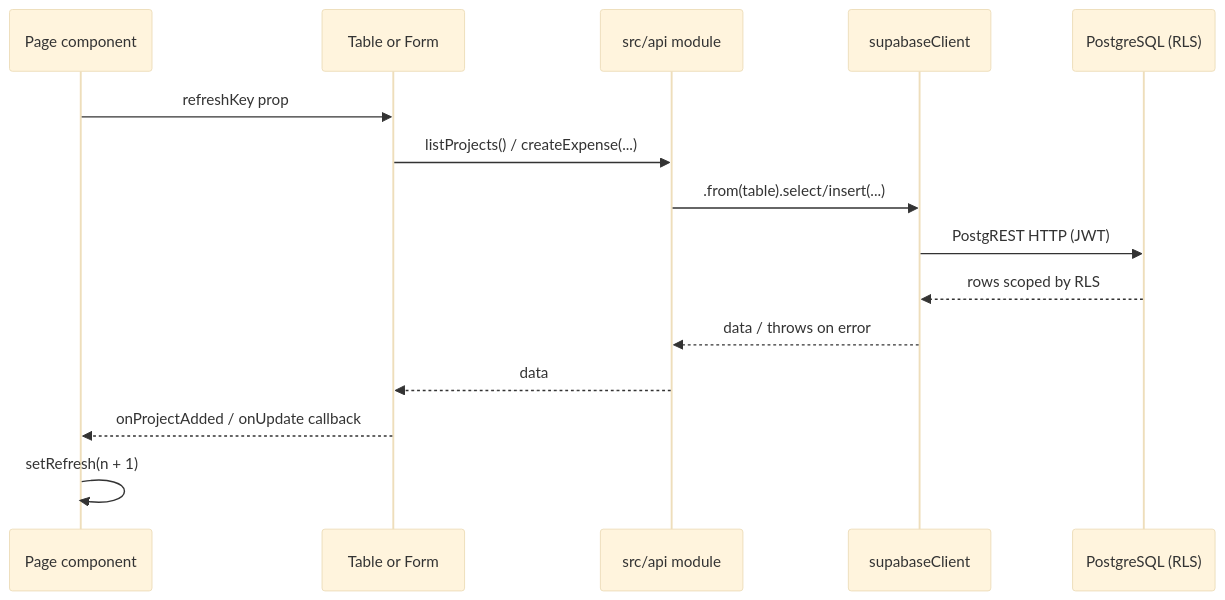
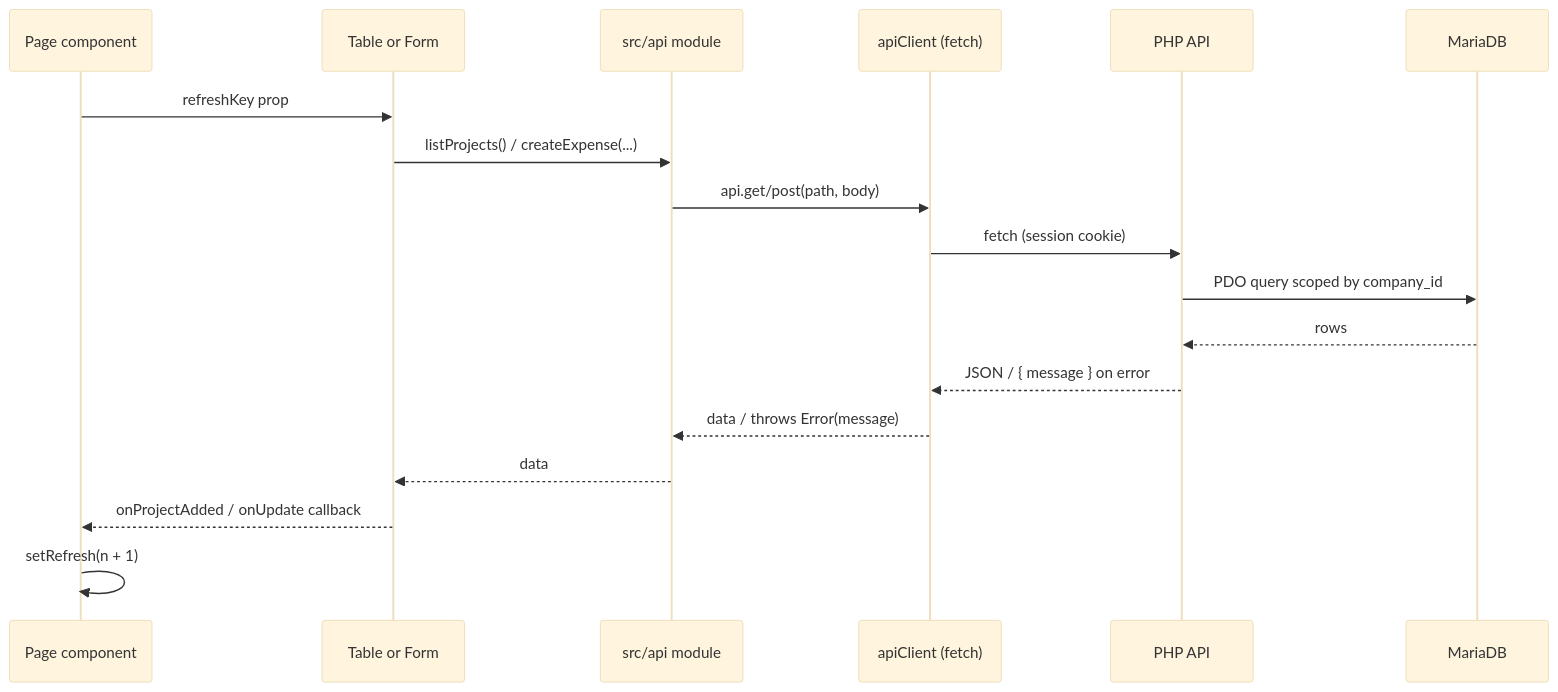
Before and after one commit to swanjohn99/Skyline-App: the second of 2 diagrams in docs/02-architecture.md, drawn with Mermaid (base theme). The commit also changed other lines of this file and 39 other files, not shown here.

````diff
--- a/docs/02-architecture.md
+++ b/docs/02-architecture.md
@@ -125,18 +127,21 @@
 ```mermaid
 sequenceDiagram
   participant Page as Page component
   participant Child as Table or Form
   participant API as src/api module
-  participant SB as supabaseClient
-  participant DB as PostgreSQL (RLS)
+  participant HTTP as apiClient (fetch)
+  participant PHP as PHP API
+  participant DB as MariaDB
 
   Page->>Child: refreshKey prop
   Child->>API: listProjects() / createExpense(...)
-  API->>SB: .from(table).select/insert(...)
-  SB->>DB: PostgREST HTTP (JWT)
-  DB-->>SB: rows scoped by RLS
-  SB-->>API: data / throws on error
+  API->>HTTP: api.get/post(path, body)
+  HTTP->>PHP: fetch (session cookie)
+  PHP->>DB: PDO query scoped by company_id
+  DB-->>PHP: rows
+  PHP-->>HTTP: JSON / { message } on error
+  HTTP-->>API: data / throws Error(message)
   API-->>Child: data
   Child-->>Page: onProjectAdded / onUpdate callback
   Page->>Page: setRefresh(n + 1)
 ```
````
